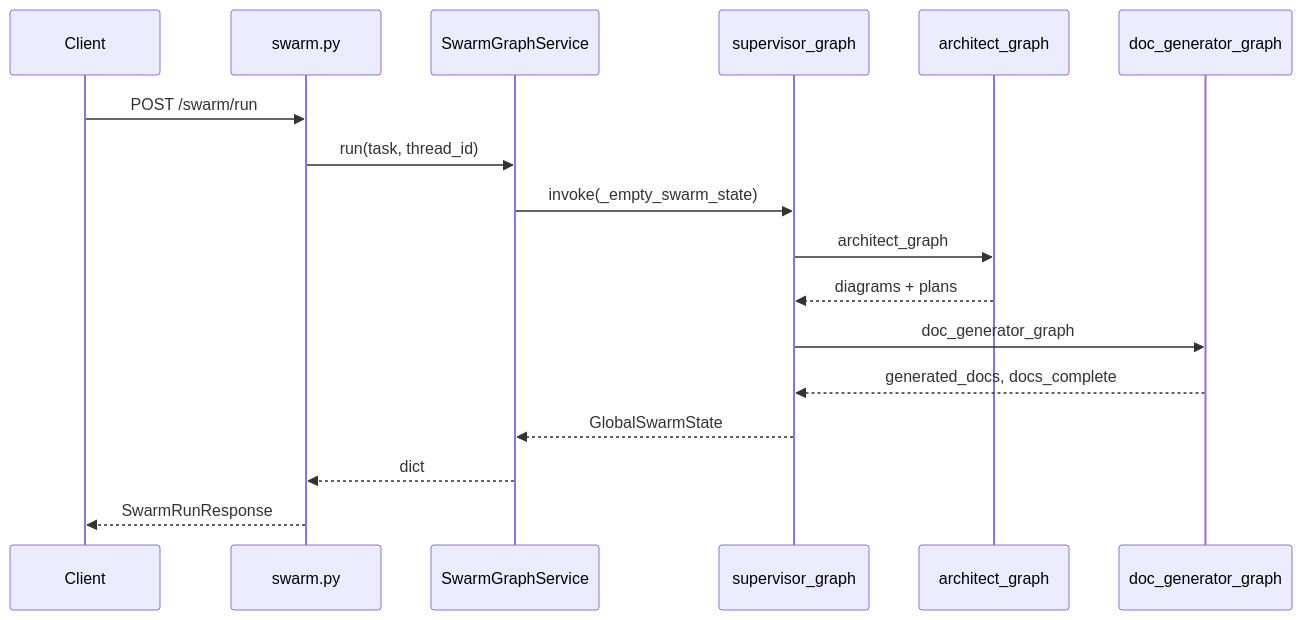
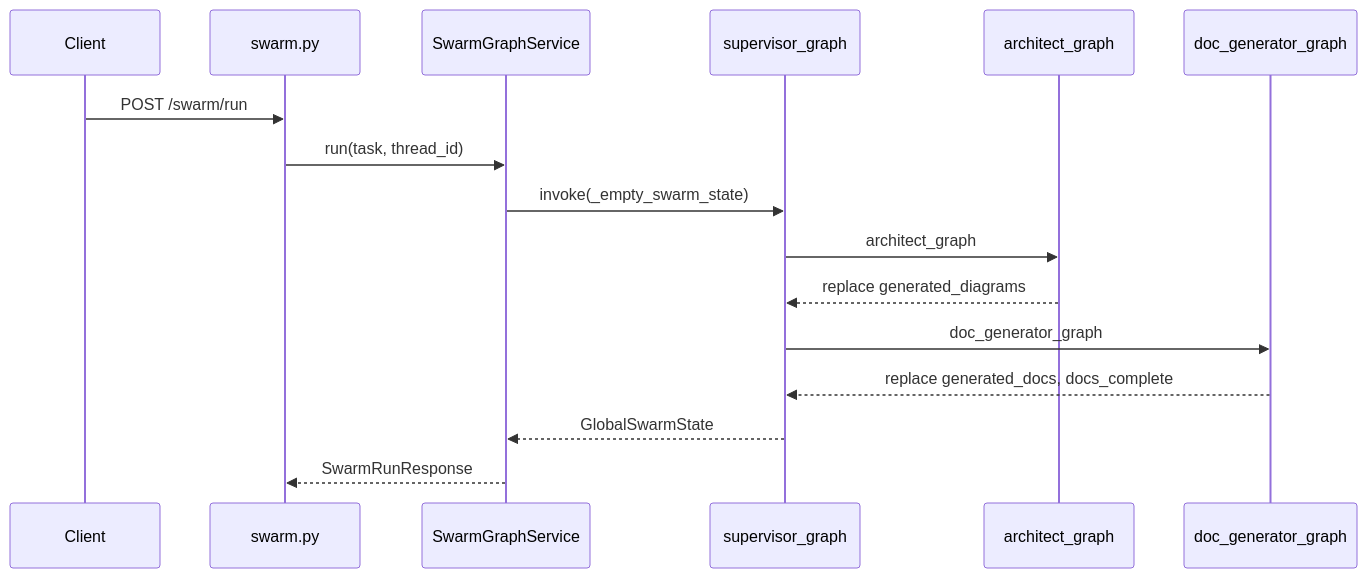
The fourth of 5 diagrams in ai-backend/docs/flows/swarm-graph-overview.md (ahsanfarooq210/ai-saas-genius), drawn with Mermaid before and after one commit. The commit also changed other lines of this file and 15 other files, not shown here.

First line of the commit message:
Enhance documentation and state management for swarm graph architecture

````diff
--- a/ai-backend/docs/flows/swarm-graph-overview.md
+++ b/ai-backend/docs/flows/swarm-graph-overview.md
@@ -270,20 +182,19 @@
 ```mermaid
 sequenceDiagram
-    participant Client
-    participant API as swarm.py
-    participant Svc as SwarmGraphService
-    participant Parent as supervisor_graph
-    participant Arch as architect_graph
-    participant Doc as doc_generator_graph
+  participant Client
+  participant API as swarm.py
+  participant Svc as SwarmGraphService
+  participant Parent as supervisor_graph
+  participant Arch as architect_graph
+  participant Doc as doc_generator_graph
 
-    Client->>API: POST /swarm/run
-    API->>Svc: run(task, thread_id)
-    Svc->>Parent: invoke(_empty_swarm_state)
-    Parent->>Arch: architect_graph
-    Arch-->>Parent: diagrams + plans
-    Parent->>Doc: doc_generator_graph
-    Doc-->>Parent: generated_docs, docs_complete
-    Parent-->>Svc: GlobalSwarmState
-    Svc-->>API: dict
-    API-->>Client: SwarmRunResponse
+  Client->>API: POST /swarm/run
+  API->>Svc: run(task, thread_id)
+  Svc->>Parent: invoke(_empty_swarm_state)
+  Parent->>Arch: architect_graph
+  Arch-->>Parent: replace generated_diagrams
+  Parent->>Doc: doc_generator_graph
+  Doc-->>Parent: replace generated_docs, docs_complete
+  Parent-->>Svc: GlobalSwarmState
+  Svc-->>API: SwarmRunResponse
 ```
````
